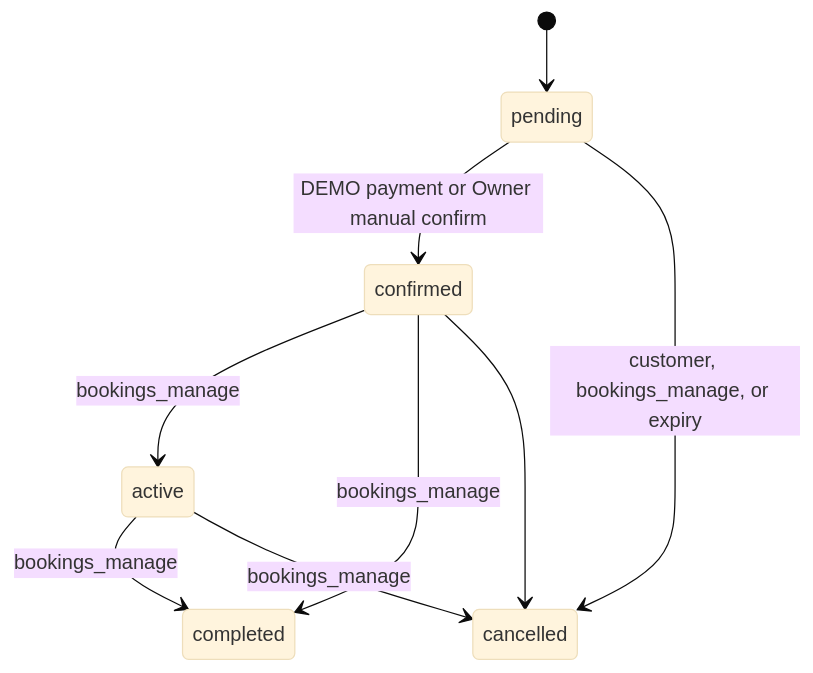
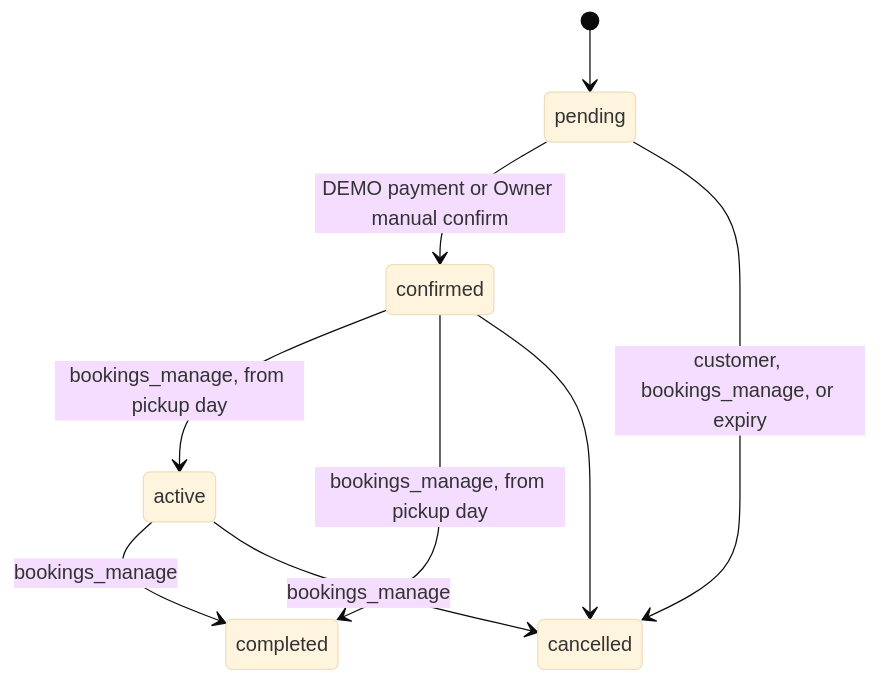
Before and after one commit to newn26/drive-dee: the fifth of 6 diagrams in README.md, drawn with Mermaid (base theme). The commit also changed other lines of this file, not shown here.

First line of the commit message:
README: describe the current booking-fee flow, receipt and ID/licence rule

````diff
--- a/README.md
+++ b/README.md
@@ -360,11 +405,11 @@
 ```mermaid
 stateDiagram-v2
   [*] --> pending
   pending --> confirmed: DEMO payment or Owner manual confirm
   pending --> cancelled: customer, bookings_manage, or expiry
-  confirmed --> active: bookings_manage
-  confirmed --> completed: bookings_manage
+  confirmed --> active: bookings_manage, from pickup day
+  confirmed --> completed: bookings_manage, from pickup day
   confirmed --> cancelled
   active --> completed: bookings_manage
   active --> cancelled: bookings_manage
 ```
````
